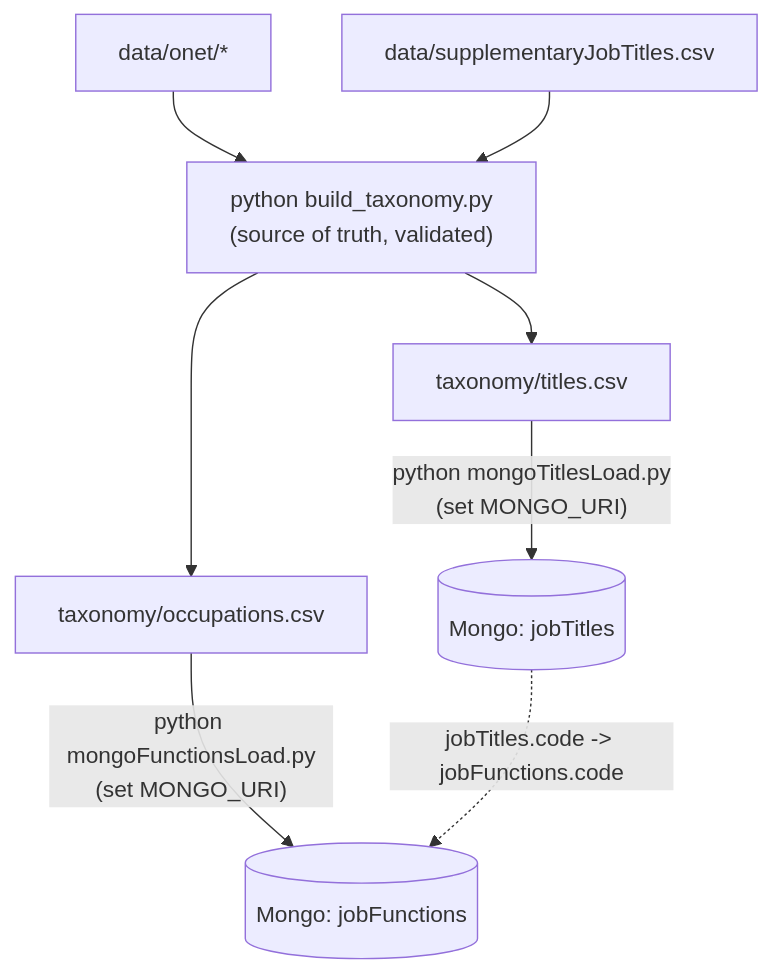
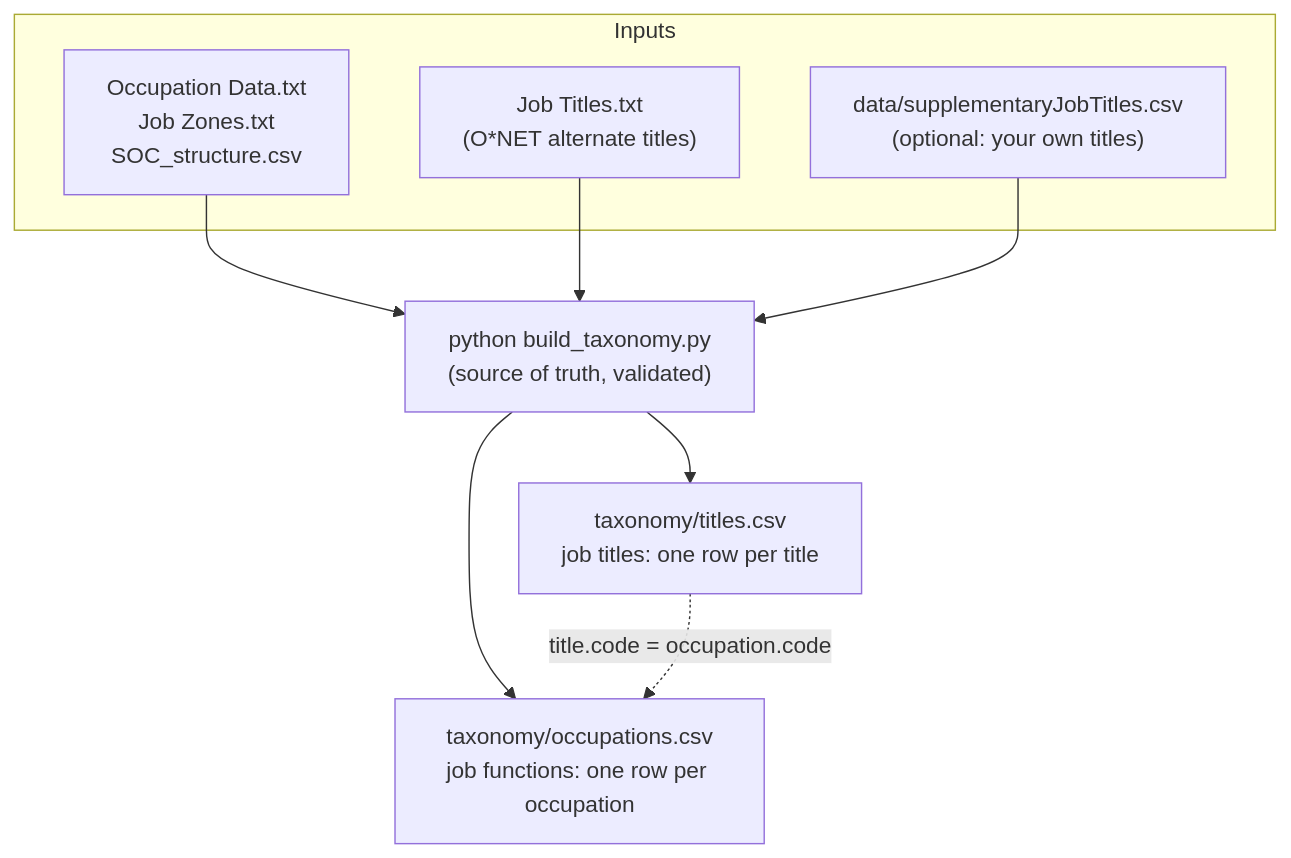
Before and after one commit to ajayp/job-taxonomy: the diagram in README.md, drawn with Mermaid. The commit also changed other lines of this file, not shown here.

Commit message:
Enhance README structure and content for clarity and detail

````diff
--- a/README.md
+++ b/README.md
@@ -24,10 +54,15 @@
 ```mermaid
 flowchart TD
-    A["data/onet/*"] --> B
-    S["data/supplementaryJobTitles.csv"] --> B
-    B["python build_taxonomy.py<br/>(source of truth, validated)"] --> O["taxonomy/occupations.csv"]
-    B --> T["taxonomy/titles.csv"]
-    O -->|"python mongoFunctionsLoad.py<br/>(set MONGO_URI)"| F[("Mongo: jobFunctions")]
-    T -->|"python mongoTitlesLoad.py<br/>(set MONGO_URI)"| J[("Mongo: jobTitles")]
-    J -.->|"jobTitles.code -> jobFunctions.code"| F
+    subgraph IN["Inputs"]
+        OD["Occupation Data.txt<br/>Job Zones.txt<br/>SOC_structure.csv"]
+        JT["Job Titles.txt<br/>(O*NET alternate titles)"]
+        S["data/supplementaryJobTitles.csv<br/>(optional: your own titles)"]
+    end
+    OD --> B
+    JT --> B
+    S --> B
+    B["python build_taxonomy.py<br/>(source of truth, validated)"]
+    B --> O["taxonomy/occupations.csv<br/>job functions: one row per occupation"]
+    B --> T["taxonomy/titles.csv<br/>job titles: one row per title"]
+    T -. "title.code = occupation.code" .-> O
 ```
````
